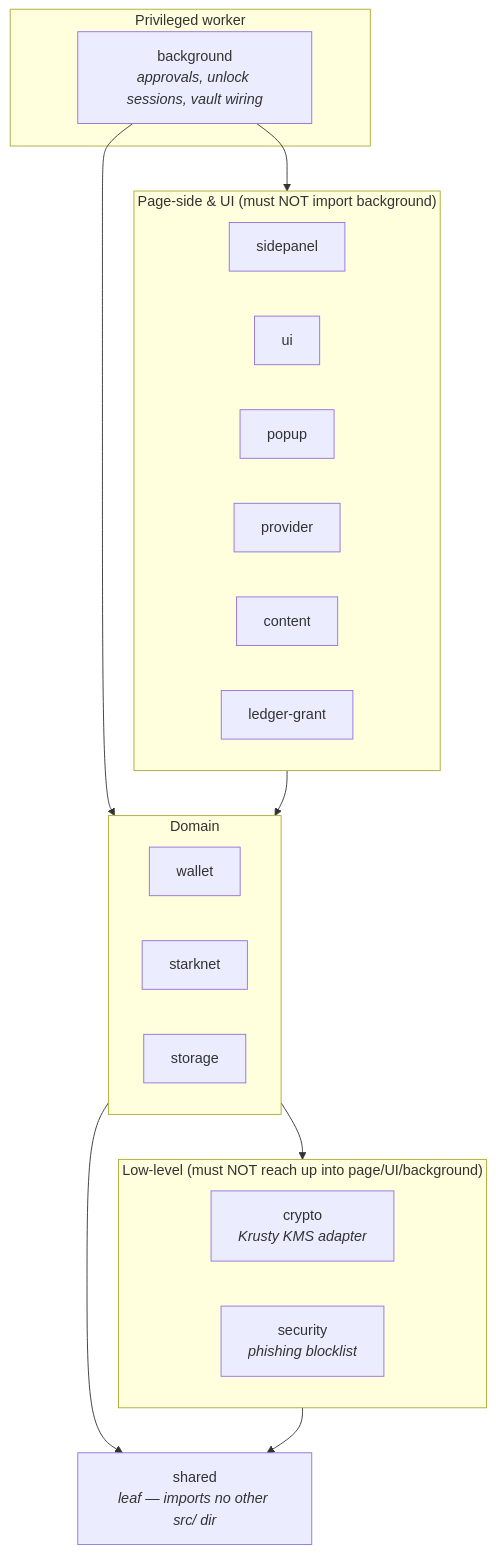
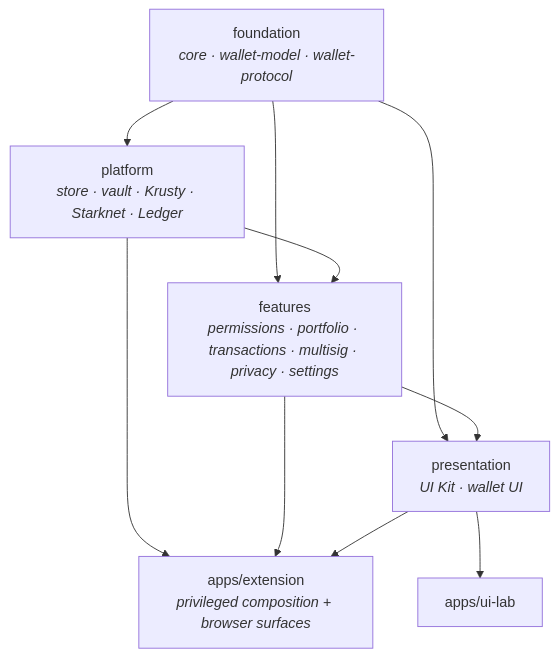
Before and after one commit to starknet-innovation/bramble: the first of 2 diagrams in docs/ENGINEERING.md, drawn with Mermaid. The commit also changed other lines of this file and 1365 other files, not shown here.

First line of the commit message:
refactor: establish modular wallet architecture

````diff
--- a/docs/ENGINEERING.md
+++ b/docs/ENGINEERING.md
@@ -49,31 +50,19 @@
 ```mermaid
 flowchart TD
-    subgraph privileged["Privileged worker"]
-        background["background<br/><i>approvals, unlock sessions, vault wiring</i>"]
-    end
-    subgraph edges["Page-side & UI (must NOT import background)"]
-        sidepanel["sidepanel"]
-        ui["ui"]
-        popup["popup"]
-        provider["provider"]
-        content["content"]
-        ledger["ledger-grant"]
-    end
-    subgraph domain["Domain"]
-        wallet["wallet"]
-        starknet["starknet"]
-        storage["storage"]
-    end
-    subgraph lowlevel["Low-level (must NOT reach up into page/UI/background)"]
-        crypto["crypto<br/><i>Krusty KMS adapter</i>"]
-        security["security<br/><i>phishing blocklist</i>"]
-    end
-    shared["shared<br/><i>leaf — imports no other src/ dir</i>"]
+    foundation["foundation<br/><i>core · wallet-model · wallet-protocol</i>"]
+    platform["platform<br/><i>store · vault · Krusty · Starknet · Ledger</i>"]
+    features["features<br/><i>permissions · portfolio · transactions · multisig · privacy · settings</i>"]
+    presentation["presentation<br/><i>UI Kit · wallet UI</i>"]
+    extension["apps/extension<br/><i>privileged composition + browser surfaces</i>"]
+    lab["apps/ui-lab"]
 
-    background --> edges
-    background --> domain
-    edges --> domain
-    domain --> lowlevel
-    domain --> shared
-    lowlevel --> shared
+    foundation --> platform
+    foundation --> features
+    platform --> features
+    foundation --> presentation
+    features --> presentation
+    platform --> extension
+    features --> extension
+    presentation --> extension
+    presentation --> lab
 ```
````
